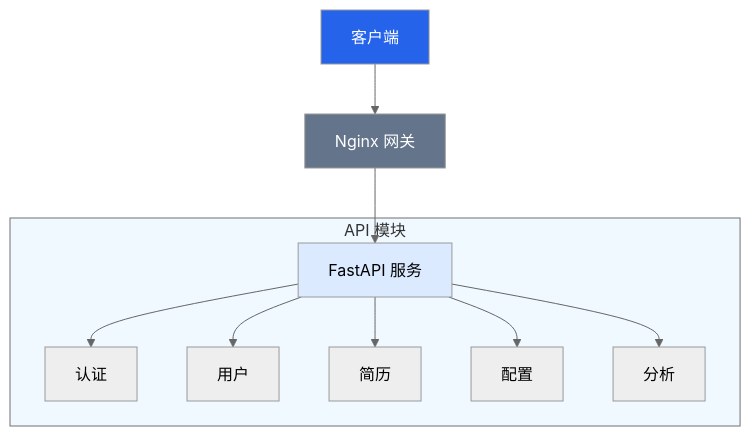
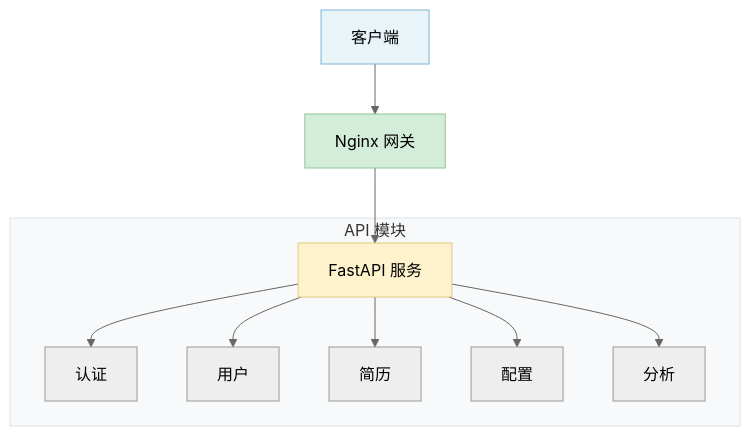
One commit to xt765/ResumeScreening changed the first of 8 diagrams in docs/api.md. Above: the diagram before and after it, drawn with Mermaid (neutral theme). The commit also changed other lines of this file and 4 other files, not shown here.

````diff
--- a/docs/api.md
+++ b/docs/api.md
@@ -16,18 +16,18 @@
 ```mermaid
 graph TD
     Client[客户端] --> Nginx[Nginx 网关]
     Nginx --> API[FastAPI 服务]
     
     subgraph Modules [API 模块]
         API --> Auth[认证]
         API --> User[用户]
         API --> Resume[简历]
         API --> Config[配置]
         API --> Analysis[分析]
     end
     
-    style Client fill:#2563eb,color:#fff
-    style Nginx fill:#64748b,color:#fff
-    style API fill:#dbeafe
-    style Modules fill:#f0f9ff
+    style Client fill:#e8f4f8,stroke:#7fb3d5
+    style Nginx fill:#d4edda,stroke:#90c695
+    style API fill:#fff3cd,stroke:#e0c97f
+    style Modules fill:#f8f9fa,stroke:#dee2e6
 ```
````
